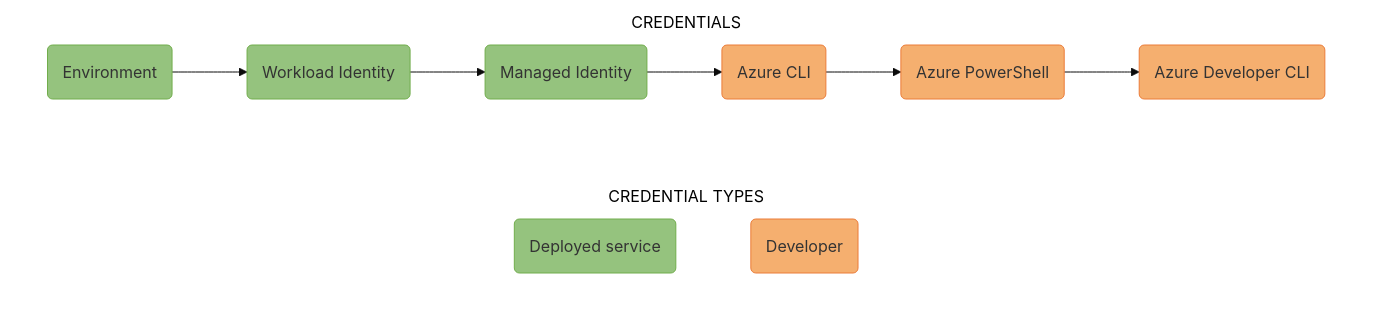
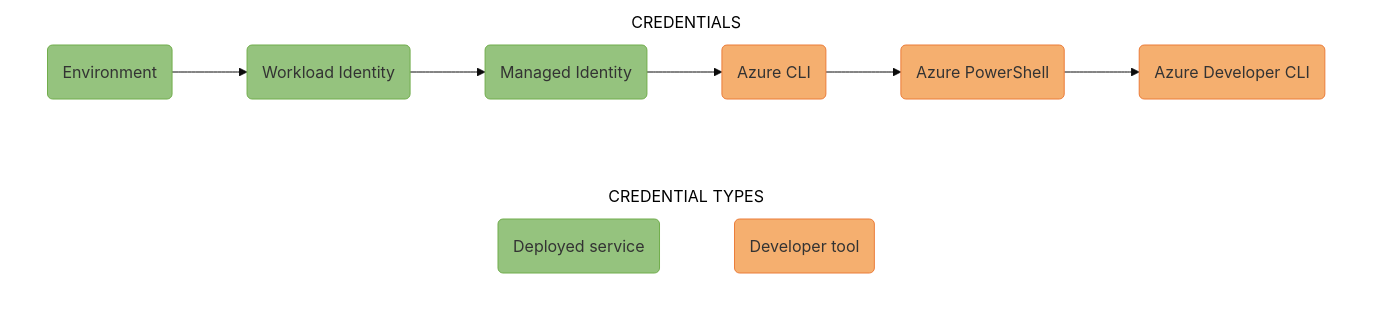
The diagram in articles/javascript/sdk/includes/mermaidjs/default-azure-credential-auth-flow.md (MicrosoftDocs/azure-dev-docs), drawn with Mermaid before and after one commit. The commit also changed other lines of this file and 4 other files, not shown here.

Commit message:
Update mermaid.js diagrams for C++ and JS

````diff
--- a/articles/javascript/sdk/includes/mermaidjs/default-azure-credential-auth-flow.md
+++ b/articles/javascript/sdk/includes/mermaidjs/default-azure-credential-auth-flow.md
@@ -6,42 +6,42 @@
 ```mermaid
 %% STEPS TO GENERATE IMAGE
 %% =======================
 %% 1. Install mermaid CLI v10.9.1 (see https://github.com/mermaid-js/mermaid-cli/blob/master/README.md):
 %%    npm i -g @mermaid-js/mermaid-cli@10.9.1
 %% 2. Run commands:
 %%    mmdc -i default-azure-credential-auth-flow.md -o ../../media/mermaidjs/default-azure-credential-auth-flow-inline.svg
 %%    mmdc -i default-azure-credential-auth-flow.md -o ../../media/mermaidjs/default-azure-credential-auth-flow-expanded.png -w 1156
 
 %%{
   init: {
     'theme': 'base',
     'themeVariables': {
       'tertiaryBorderColor': '#fff',
       'tertiaryColor': '#fff'
     }
   }
 }%%
 
 flowchart LR;
     subgraph CREDENTIAL TYPES;
         direction LR;
-        Deployed(Deployed service):::deployed ~~~ Developer(Developer):::developer;
+        Deployed(Deployed service):::deployed ~~~ Developer(Developer tool):::developer;
     end;
 
     subgraph CREDENTIALS;
         direction LR;
         A(Environment):::deployed --> B(Workload Identity):::deployed --> C(Managed Identity):::deployed --> D(Azure CLI):::developer --> E(Azure PowerShell):::developer --> F(Azure Developer CLI):::developer;
     end;
 
     %% Define styles for credential type boxes
     classDef deployed fill:#95C37E, stroke:#71AD4C;
     classDef developer fill:#F5AF6F, stroke:#EB7C39;
 
     %% Add API ref links to credential type boxes
     click A "https://learn.microsoft.com/javascript/api/@azure/identity/environmentcredential?view=azure-node-latest" _blank;
     click B "https://learn.microsoft.com/javascript/api/@azure/identity/workloadidentitycredential?view=azure-node-latest" _blank;
     click C "https://learn.microsoft.com/javascript/api/@azure/identity/managedidentitycredential?view=azure-node-latest" _blank;
     click D "https://learn.microsoft.com/javascript/api/@azure/identity/azureclicredential?view=azure-node-latest" _blank;
     click E "https://learn.microsoft.com/javascript/api/@azure/identity/azurepowershellcredential?view=azure-node-latest" _blank;
     click F "https://learn.microsoft.com/javascript/api/@azure/identity/azuredeveloperclicredential?view=azure-node-latest" _blank;
 ```
````
